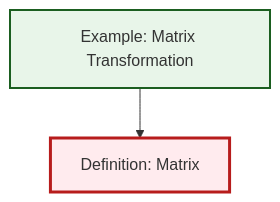
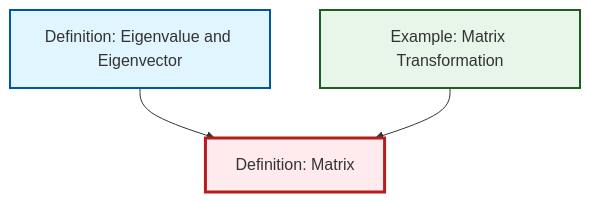
One commit to RK0429/ModernMath changed the diagram in content/ja/algebra/def-matrix.qmd. Above: the diagram before and after it, drawn with Mermaid. The commit also changed other lines of this file and 530 other files, not shown here.

````diff
--- a/content/ja/algebra/def-matrix.qmd
+++ b/content/ja/algebra/def-matrix.qmd
@@ -58,14 +58,17 @@
 ```{mermaid}
 %%| fig-cap: "Local dependency graph"
 graph TD
     classDef definition fill:#e1f5fe,stroke:#01579b,stroke-width:2px
     classDef theorem fill:#f3e5f5,stroke:#4a148c,stroke-width:2px
     classDef axiom fill:#fff3e0,stroke:#e65100,stroke-width:2px
     classDef example fill:#e8f5e9,stroke:#1b5e20,stroke-width:2px
     classDef current fill:#ffebee,stroke:#b71c1c,stroke-width:3px
+    def-matrix["Definition: Matrix"]:::definition
     ex-matrix-transformation["Example: Matrix Transformation"]:::example
-    def-matrix["Definition: Matrix"]:::definition
+    def-eigenvalue-eigenvector["Definition: Eigenvalue and Eigenvector"]:::definition
+    def-eigenvalue-eigenvector --> def-matrix
     ex-matrix-transformation --> def-matrix
     class def-matrix current
     click ex-matrix-transformation "ex-matrix-transformation.html" "Example: Matrix Transformationへ"
+    click def-eigenvalue-eigenvector "def-eigenvalue-eigenvector.html" "Definition: Eigenvalue and Eigenvectorへ"
 ```
````
